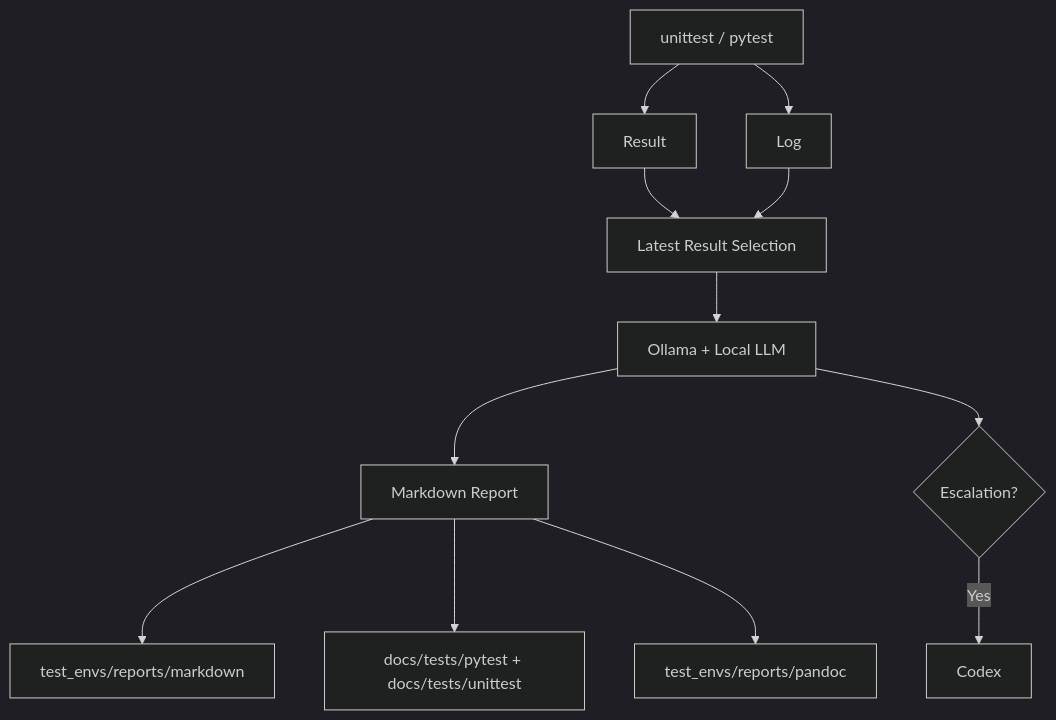
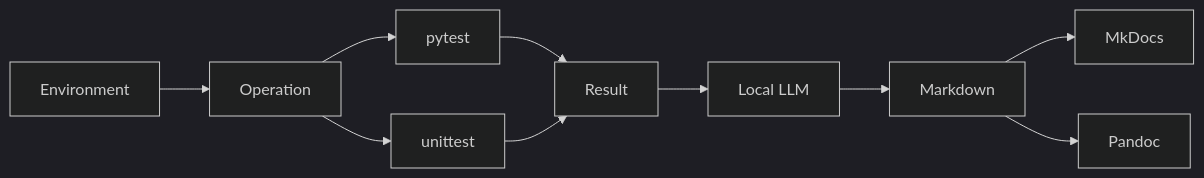
The diagram in docs/index.md (JeonghunLee/AI-driven-CI-CT), drawn with Mermaid (dark theme) before and after one commit. The commit also changed other lines of this file and 7 other files, not shown here.

Commit message:
feat: Update documentation structure and add environment and operation guides

````diff
--- a/docs/index.md
+++ b/docs/index.md
@@ -317,14 +17,12 @@
 ```mermaid
-flowchart TD
-    A[unittest / pytest] --> B[Result]
-    A --> C[Log]
-    B --> E[Latest Result Selection]
-    C --> E
-    E --> F[Ollama + Local LLM]
-    F --> G[Markdown Report]
-    G --> H[test_envs/reports/markdown]
-    G --> J[docs/tests/pytest + docs/tests/unittest]
-    G --> K[test_envs/reports/pandoc]
-    F --> L{Escalation?}
-    L -- Yes --> M[Codex]
+flowchart LR
+    A[Environment] --> B[Operation]
+    B --> C[pytest]
+    B --> D[unittest]
+    C --> E[Result]
+    D --> E
+    E --> F[Local LLM]
+    F --> G[Markdown]
+    G --> H[MkDocs]
+    G --> I[Pandoc]
 ```
````
